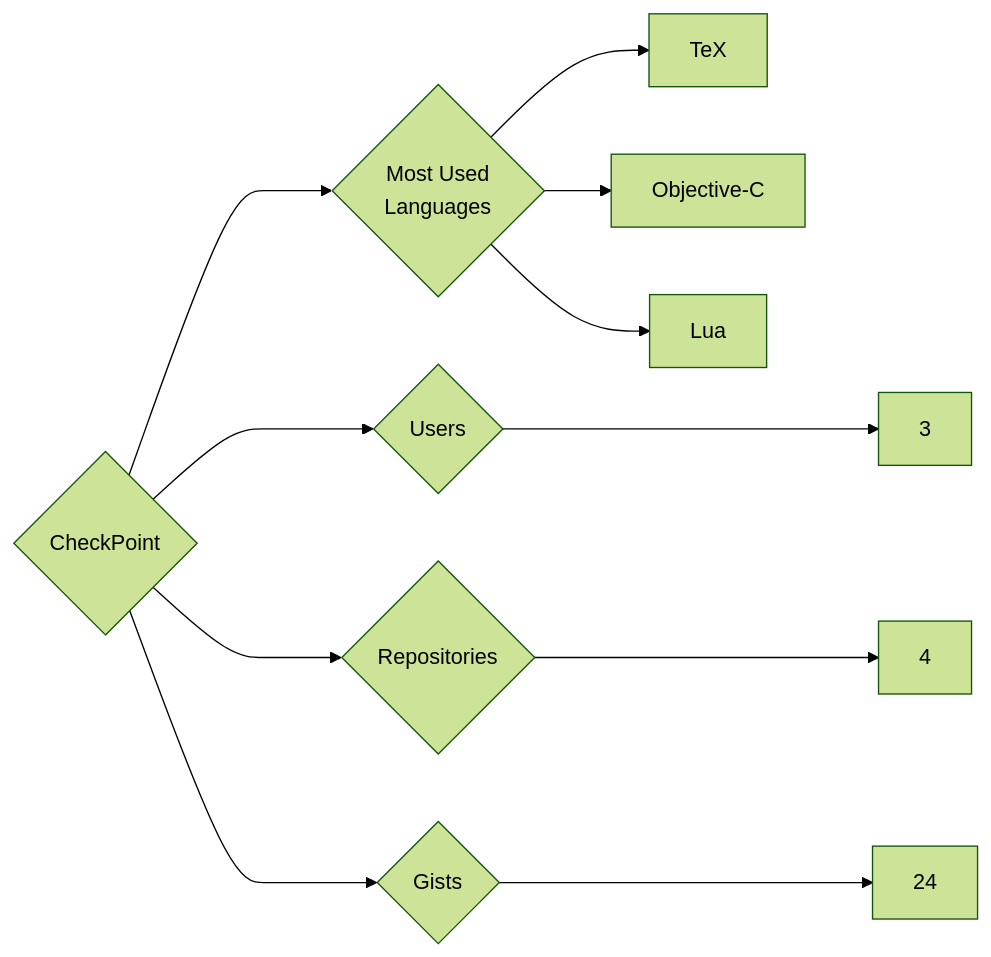
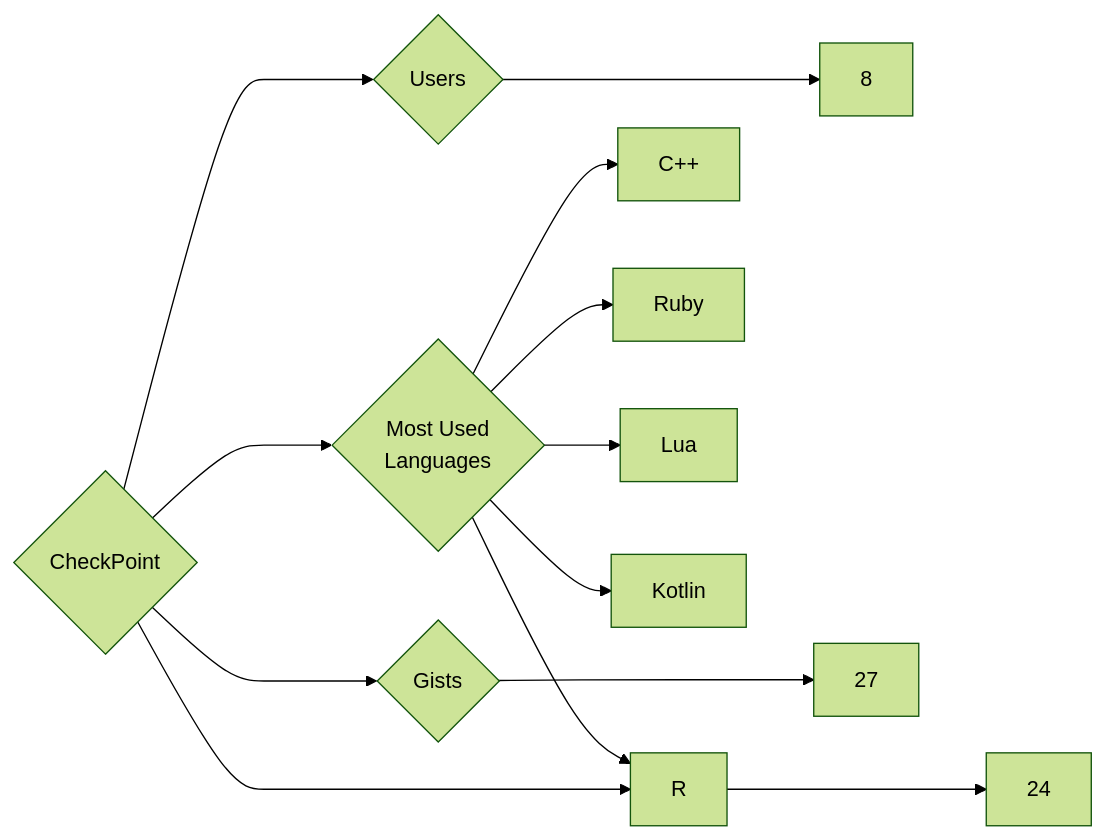
One commit to trickest/insiders changed the diagram in targets/CheckPoint/README.md. Above: the diagram before and after it, drawn with Mermaid (forest theme). The commit also changed 611 other files, not shown here.

````diff
--- a/targets/CheckPoint/README.md
+++ b/targets/CheckPoint/README.md
@@ -3,11 +3,13 @@
 ```mermaid
 graph LR
 COMPANY_NAME{CheckPoint}
-COMPANY_NAME ---> U{Users} ---> UN[3]
-COMPANY_NAME ---> R{Repositories} ---> RN[4]
-COMPANY_NAME ---> G{Gists} ---> GN[24]
+COMPANY_NAME ---> U{Users} ---> UN[8]
+COMPANY_NAME ---> R{Repositories} ---> RN[24]
+COMPANY_NAME ---> G{Gists} ---> GN[27]
 COMPANY_NAME ---> ML{Most Used<br>Languages}
-ML --> TeX[TeX]
-ML --> Objective-C[Objective-C]
+ML --> C++[C++]
+ML --> Ruby[Ruby]
+ML --> R[R]
 ML --> Lua[Lua]
+ML --> Kotlin[Kotlin]
 ```
````
